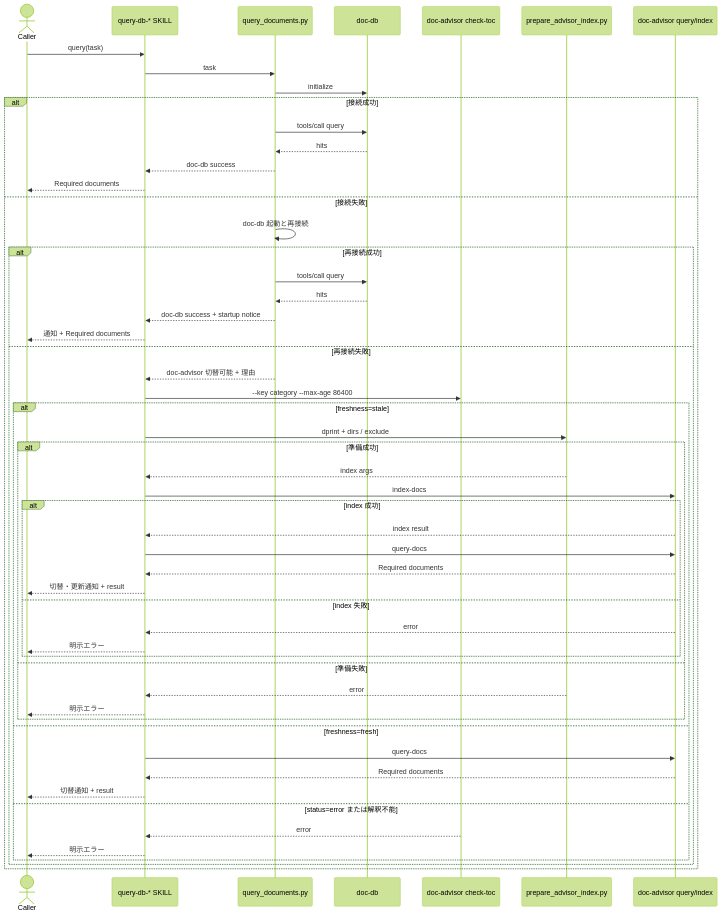
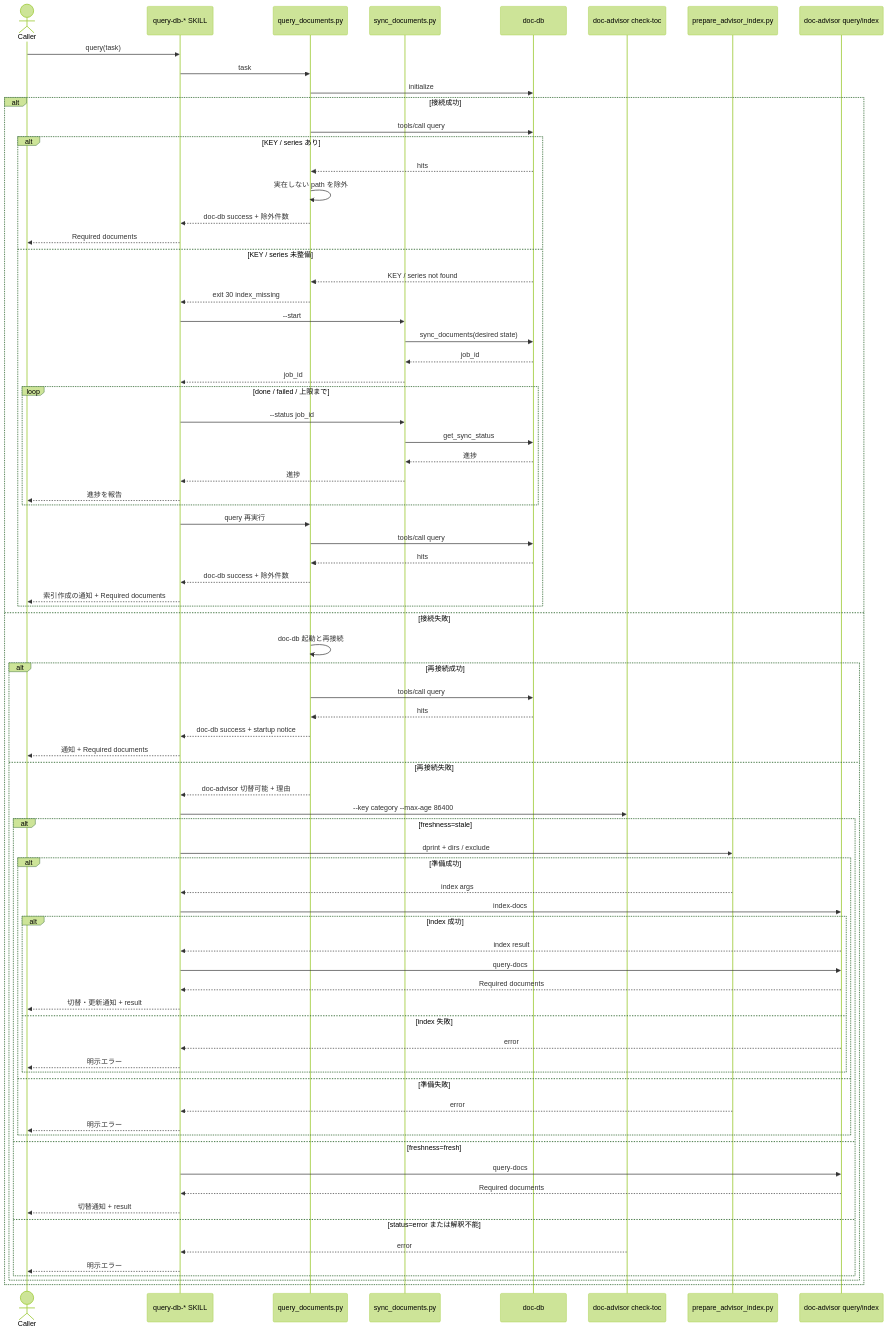
The second of 3 diagrams in docs/specs/doc-db/design/DES-057_doc_db_backend_selection_design.md (BlueEventHorizon/bw-cc-plugins), drawn with Mermaid (forest theme) before and after one commit. The commit also changed other lines of this file and 1 other file, not shown here.

````diff
--- a/docs/specs/doc-db/design/DES-057_doc_db_backend_selection_design.md
+++ b/docs/specs/doc-db/design/DES-057_doc_db_backend_selection_design.md
@@ -431,57 +549,80 @@
 ```mermaid
 sequenceDiagram
     actor Caller
     participant Skill as query-db-* SKILL
     participant Script as query_documents.py
+    participant SyncCLI as sync_documents.py
     participant DB as doc-db
     participant CheckToc as doc-advisor check-toc
     participant Prepare as prepare_advisor_index.py
     participant Advisor as doc-advisor query/index
 
     Caller->>Skill: query(task)
     Skill->>Script: task
     Script->>DB: initialize
     alt 接続成功
         Script->>DB: tools/call query
-        DB-->>Script: hits
-        Script-->>Skill: doc-db success
-        Skill-->>Caller: Required documents
+        alt KEY / series あり
+            DB-->>Script: hits
+            Script->>Script: 実在しない path を除外
+            Script-->>Skill: doc-db success + 除外件数
+            Skill-->>Caller: Required documents
+        else KEY / series 未整備
+            DB-->>Script: KEY / series not found
+            Script-->>Skill: exit 30 index_missing
+            Skill->>SyncCLI: --start
+            SyncCLI->>DB: sync_documents(desired state)
+            DB-->>SyncCLI: job_id
+            SyncCLI-->>Skill: job_id
+            loop done / failed / 上限まで
+                Skill->>SyncCLI: --status job_id
+                SyncCLI->>DB: get_sync_status
+                DB-->>SyncCLI: 進捗
+                SyncCLI-->>Skill: 進捗
+                Skill-->>Caller: 進捗を報告
+            end
+            Skill->>Script: query 再実行
+            Script->>DB: tools/call query
+            DB-->>Script: hits
+            Script-->>Skill: doc-db success + 除外件数
+            Skill-->>Caller: 索引作成の通知 + Required documents
+        end
     else 接続失敗
         Script->>Script: doc-db 起動と再接続
         alt 再接続成功
             Script->>DB: tools/call query
             DB-->>Script: hits
             Script-->>Skill: doc-db success + startup notice
             Skill-->>Caller: 通知 + Required documents
         else 再接続失敗
             Script-->>Skill: doc-advisor 切替可能 + 理由
             Skill->>CheckToc: --key category --max-age 86400
             alt freshness=stale
                 Skill->>Prepare: dprint + dirs / exclude
                 alt 準備成功
                     Prepare-->>Skill: index args
                     Skill->>Advisor: index-docs
                     alt index 成功
                         Advisor-->>Skill: index result
                         Skill->>Advisor: query-docs
                         Advisor-->>Skill: Required documents
                         Skill-->>Caller: 切替・更新通知 + result
                     else index 失敗
                         Advisor-->>Skill: error
                         Skill-->>Caller: 明示エラー
                     end
                 else 準備失敗
                     Prepare-->>Skill: error
                     Skill-->>Caller: 明示エラー
                 end
             else freshness=fresh
                 Skill->>Advisor: query-docs
                 Advisor-->>Skill: Required documents
                 Skill-->>Caller: 切替通知 + result
             else status=error または解釈不能
                 CheckToc-->>Skill: error
                 Skill-->>Caller: 明示エラー
             end
         end
     end
 ```
````
